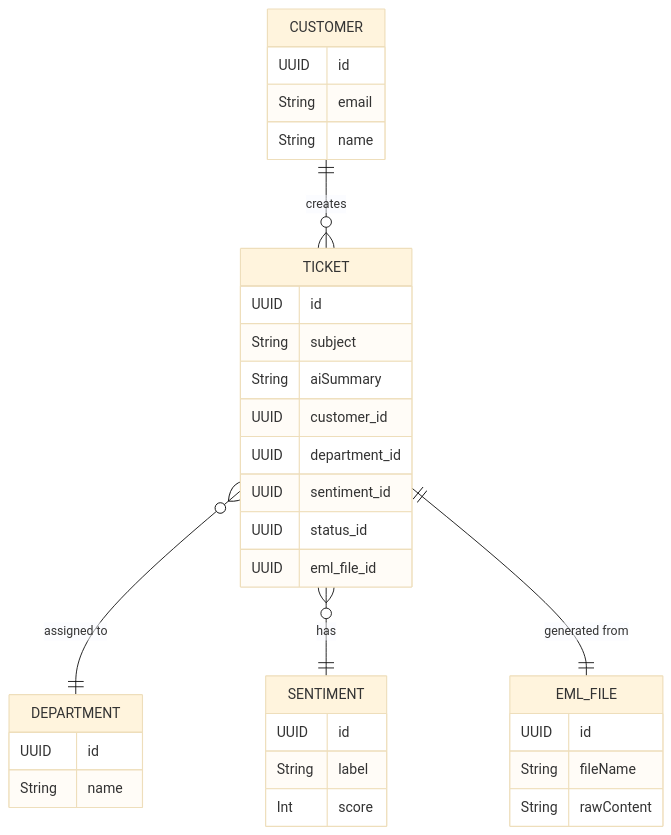
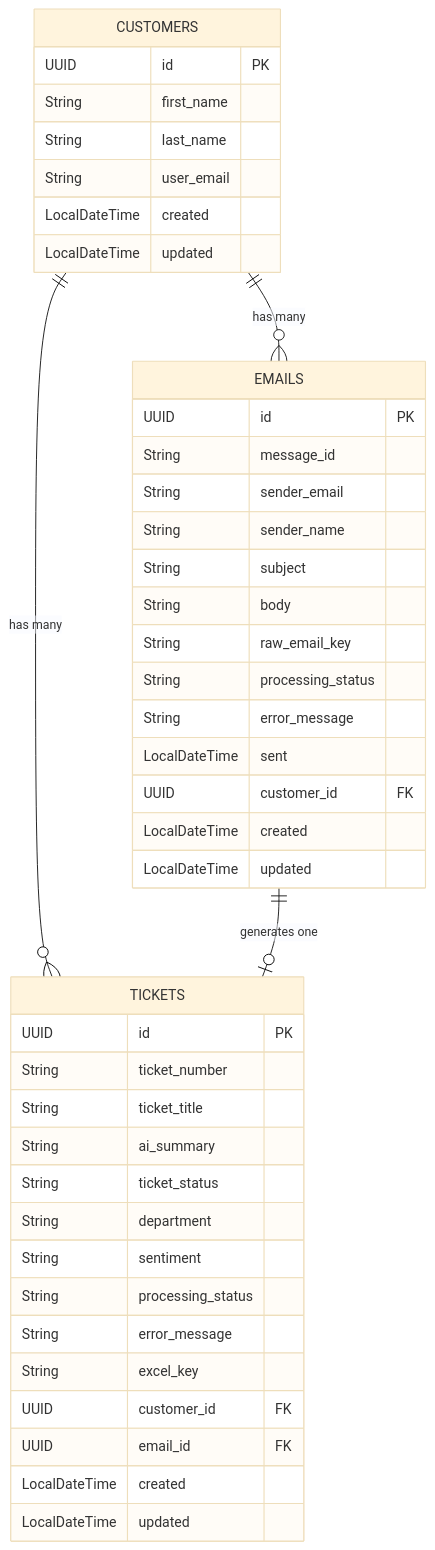
Before and after one commit to mgudux/mail-2-ticket: the second of 2 diagrams in README.md, drawn with Mermaid (base theme). The commit also changed other lines of this file, not shown here.

Commit message:
ReadMe: change in API endpoints, architecture and features

````diff
--- a/README.md
+++ b/README.md
@@ -45,37 +49,46 @@
 ```mermaid
 erDiagram
-    CUSTOMER {
-        UUID id
-        String email
-        String name
+    CUSTOMERS {
+        UUID id PK
+        String first_name
+        String last_name
+        String user_email
+        LocalDateTime created
+        LocalDateTime updated
     }
-    TICKET {
-        UUID id
+    TICKETS {
+        UUID id PK
+        String ticket_number
+        String ticket_title
+        String ai_summary
+        String ticket_status
+        String department
+        String sentiment
+        String processing_status
+        String error_message
+        String excel_key
+        UUID customer_id FK
+        UUID email_id FK
+        LocalDateTime created
+        LocalDateTime updated
+    }
+    EMAILS {
+        UUID id PK
+        String message_id
+        String sender_email
+        String sender_name
         String subject
-        String aiSummary
-        UUID customer_id
-        UUID department_id
-        UUID sentiment_id
-        UUID status_id
-        UUID eml_file_id
-    }
-    DEPARTMENT {
-        UUID id
-        String name
-    }
-    SENTIMENT {
-        UUID id
-        String label
-        Int score
-    }
-    EML_FILE {
-        UUID id
-        String fileName
-        String rawContent
+        String body
+        String raw_email_key
+        String processing_status
+        String error_message
+        LocalDateTime sent
+        UUID customer_id FK
+        LocalDateTime created
+        LocalDateTime updated
     }
 
-    CUSTOMER ||--o{ TICKET : "creates"
-    TICKET }o--|| DEPARTMENT : "assigned to"
-    TICKET }o--|| SENTIMENT : "has"
-    TICKET ||--|| EML_FILE : "generated from"
+    CUSTOMERS ||--o{ TICKETS : "has many"
+    CUSTOMERS ||--o{ EMAILS : "has many"
+    EMAILS ||--o| TICKETS : "generates one"
 ```
````
